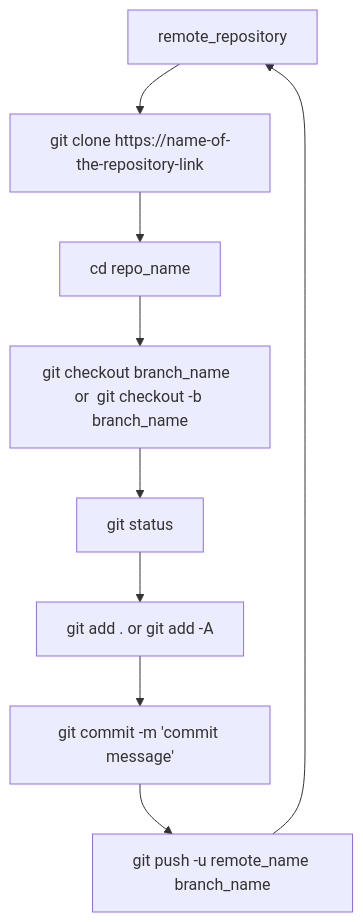
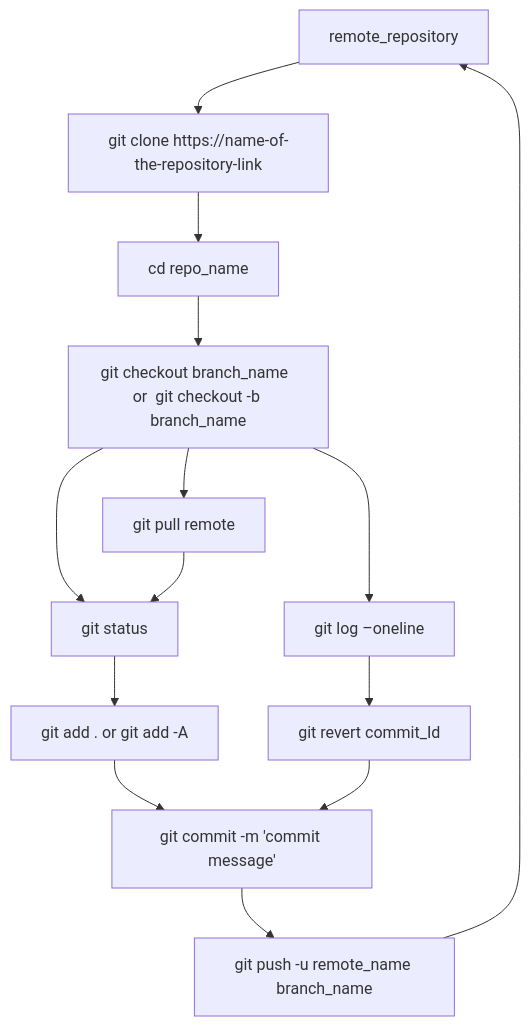
One commit to stawssthub/tstmd changed the diagram in Git_Workflow_for_Developers_.md. Above: the diagram before and after it, drawn with Mermaid.

Commit message:
Add files via upload
wadasd

````diff
--- a/Git_Workflow_for_Developers_.md
+++ b/Git_Workflow_for_Developers_.md
@@ -204,11 +204,16 @@
 ```mermaid
 flowchart TD;
     remote_repository-->working_directory[git clone https://name-of-the-repository-link];
     working_directory[git clone https://name-of-the-repository-link]-->Change_directory[cd repo_name ];
     Change_directory[cd repo_name ]-->checkout_branch[git checkout branch_name  or  git checkout -b branch_name];
     checkout_branch[git checkout branch_name  or  git checkout -b branch_name]-->git_status[git status];
     git_status[git status]-->git_add[git add .  or  git add -A];
     git_add[git add .  or  git add -A]-->git_commit[git commit -m 'commit message'];
     git_commit[git commit -m 'commit message']-->git_push[git push -u remote_name branch_name];
     git_push[git push -u remote_name branch_name]-->remote_repository;
+    checkout_branch[git checkout branch_name  or  git checkout -b branch_name]-->git_pull[git pull remote];
+    git_pull[git pull remote]-->git_status[git status];
+    checkout_branch[git checkout branch_name  or  git checkout -b branch_name]-->git_revert_log[git log –online];
+    git_revert_log[git log –oneline]-->git_revert_commitid[git revert commit_Id];
+    git_revert_commitid[git revert commit_Id]-->git_commit[git commit -m 'commit message'];
 ```
````
